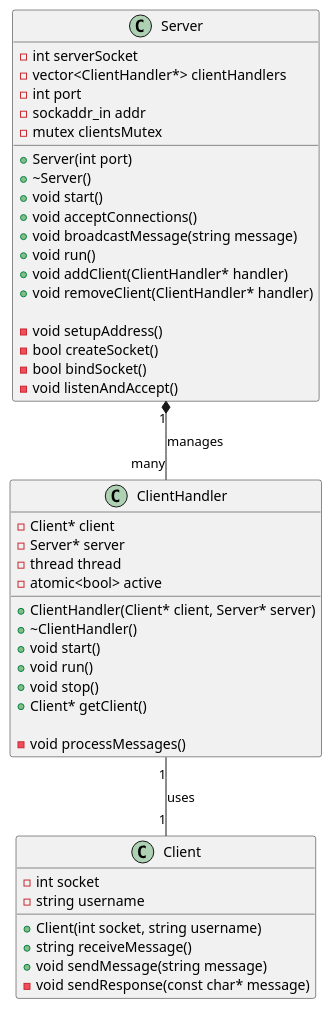
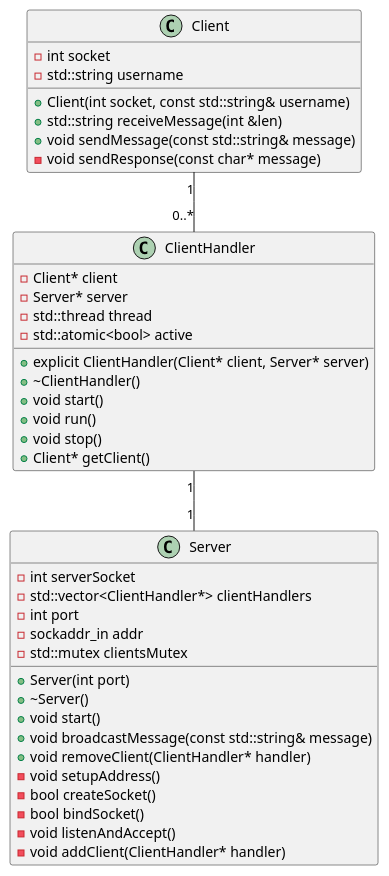
One commit to thelenlucas/370-Class-Project changed the diagram in modeling/serverdiagram.puml. Above: the diagram before and after it, drawn with PlantUML. The commit also changed 3 other files, not shown here.

```diff
--- a/modeling/serverdiagram.puml
+++ b/modeling/serverdiagram.puml
@@ -1,54 +1,47 @@
-@startuml Class Diagram
+@startuml Server Class Diagram
+
+class Client {
+    - int socket
+    - std::string username
+    + Client(int socket, const std::string& username)
+    + std::string receiveMessage(int &len)
+    + void sendMessage(const std::string& message)
+    - void sendResponse(const char* message)
+}
+
 
 class Server {
     - int serverSocket
-    - vector<ClientHandler*> clientHandlers
+    - std::vector<ClientHandler*> clientHandlers
     - int port
     - sockaddr_in addr
-    - mutex clientsMutex
-
+    - std::mutex clientsMutex
     + Server(int port)
     + ~Server()
     + void start()
-    + void acceptConnections()
-    + void broadcastMessage(string message)
-    + void run()
-    + void addClient(ClientHandler* handler)
+    + void broadcastMessage(const std::string& message)
     + void removeClient(ClientHandler* handler)
-
     - void setupAddress()
     - bool createSocket()
     - bool bindSocket()
     - void listenAndAccept()
-}
-
-class Client {
-    - int socket
-    - string username
-
-    + Client(int socket, string username)
-    + string receiveMessage()
-    + void sendMessage(string message)
-    - void sendResponse(const char* message)
+    - void addClient(ClientHandler* handler)
 }
 
 class ClientHandler {
     - Client* client
     - Server* server
-    - thread thread
-    - atomic<bool> active
-
-    + ClientHandler(Client* client, Server* server)
+    - std::thread thread
+    - std::atomic<bool> active
+    + explicit ClientHandler(Client* client, Server* server)
     + ~ClientHandler()
     + void start()
     + void run()
     + void stop()
     + Client* getClient()
-
-    - void processMessages()
 }
 
-Server "1" *-- "many" ClientHandler : manages
-ClientHandler "1" -- "1" Client : uses
+Client "1" -- "0..*" ClientHandler
+ClientHandler "1" -- "1" Server
 
 @enduml
```
